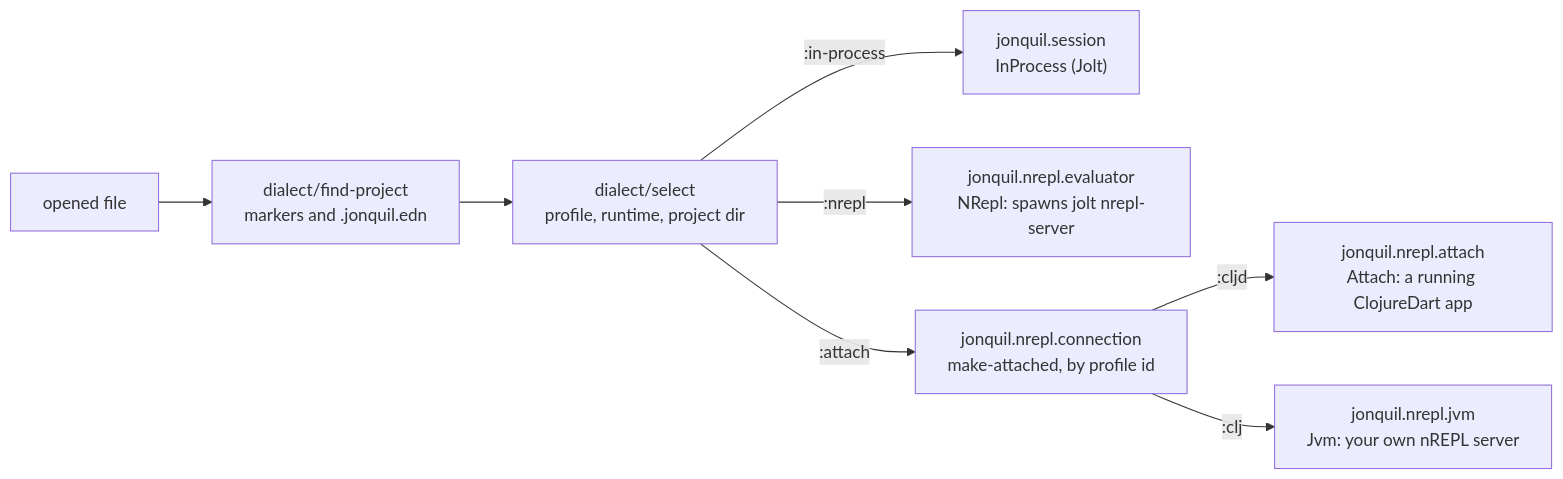
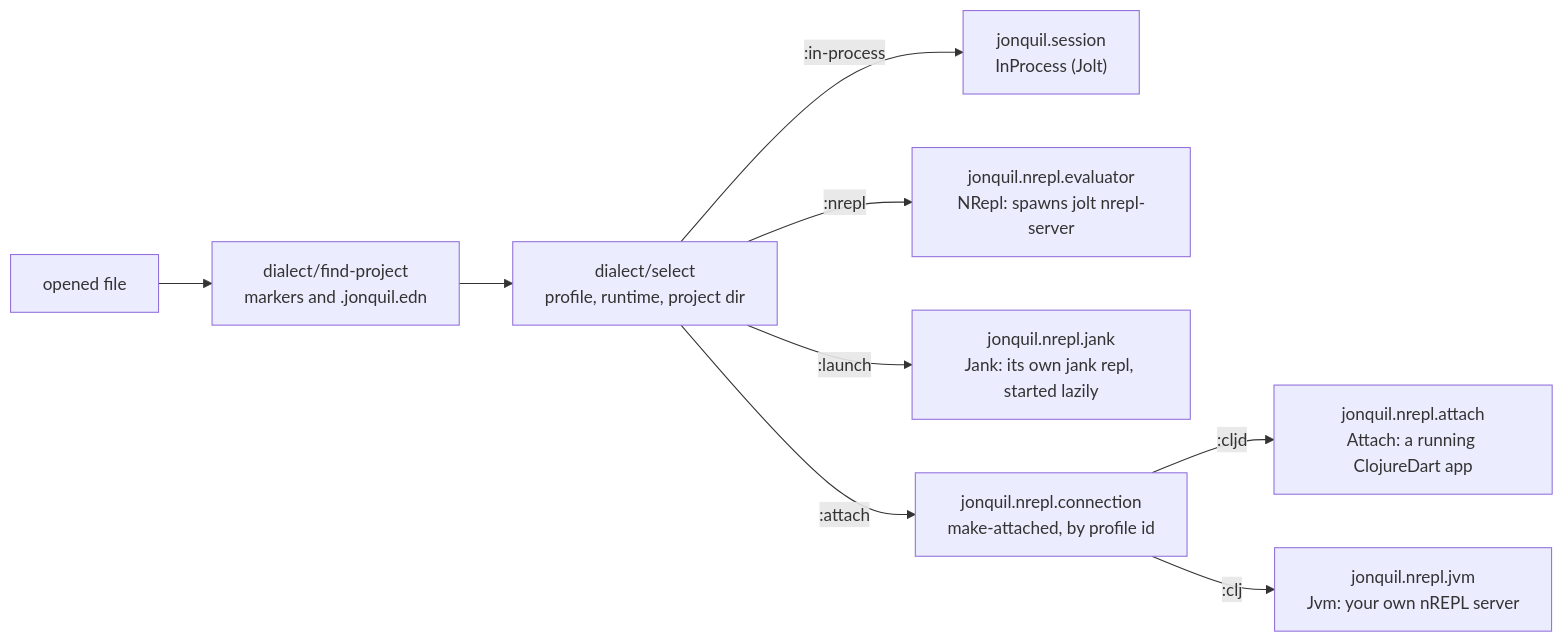
One commit to b12n-oss/jonquil changed the third of 5 diagrams in docs/guide/architecture.md. Above: the diagram before and after it, drawn with Mermaid. The commit also changed other lines of this file and 6 other files, not shown here.

````diff
--- a/docs/guide/architecture.md
+++ b/docs/guide/architecture.md
@@ -190,10 +190,11 @@
 ```mermaid
 flowchart LR
   file["opened file"] --> fp["dialect/find-project<br/>markers and .jonquil.edn"]
   fp --> sel["dialect/select<br/>profile, runtime, project dir"]
   sel -- ":in-process" --> inproc["jonquil.session<br/>InProcess (Jolt)"]
   sel -- ":nrepl" --> nrepl["jonquil.nrepl.evaluator<br/>NRepl: spawns jolt nrepl-server"]
+  sel -- ":launch" --> jankev["jonquil.nrepl.jank<br/>Jank: its own jank repl, started lazily"]
   sel -- ":attach" --> ma["jonquil.nrepl.connection<br/>make-attached, by profile id"]
   ma -- ":cljd" --> attach["jonquil.nrepl.attach<br/>Attach: a running ClojureDart app"]
   ma -- ":clj" --> jvm["jonquil.nrepl.jvm<br/>Jvm: your own nREPL server"]
 ```
````
